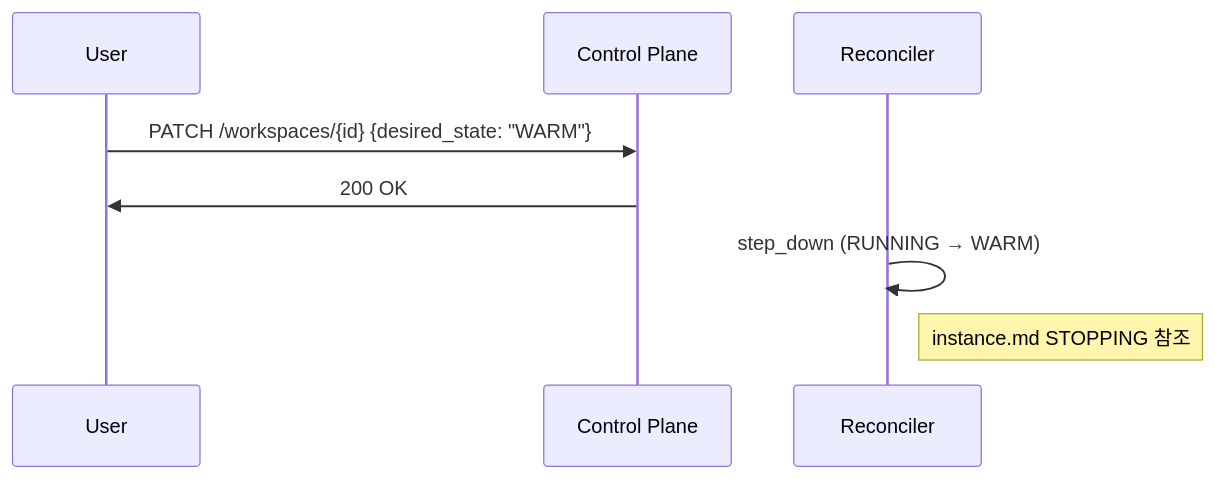
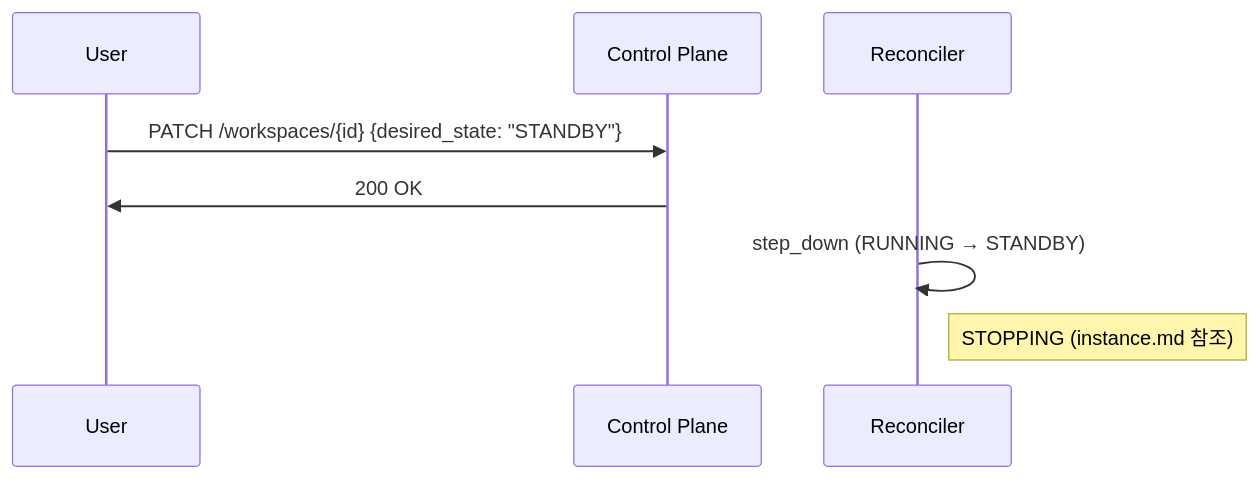
One commit to cagojeiger/code-hub changed the sixth of 9 diagrams in docs/spec_v2/flows.md. Above: the diagram before and after it, drawn with Mermaid. The commit also changed other lines of this file and 11 other files, not shown here.

````diff
--- a/docs/spec_v2/flows.md
+++ b/docs/spec_v2/flows.md
@@ -138,12 +145,12 @@
 ```mermaid
 sequenceDiagram
     participant U as User
     participant API as Control Plane
     participant R as Reconciler
 
-    U->>API: PATCH /workspaces/{id} {desired_state: "WARM"}
+    U->>API: PATCH /workspaces/{id} {desired_state: "STANDBY"}
     API->>U: 200 OK
 
-    R->>R: step_down (RUNNING → WARM)
-    Note right of R: instance.md STOPPING 참조
+    R->>R: step_down (RUNNING → STANDBY)
+    Note right of R: STOPPING (instance.md 참조)
 ```
````
